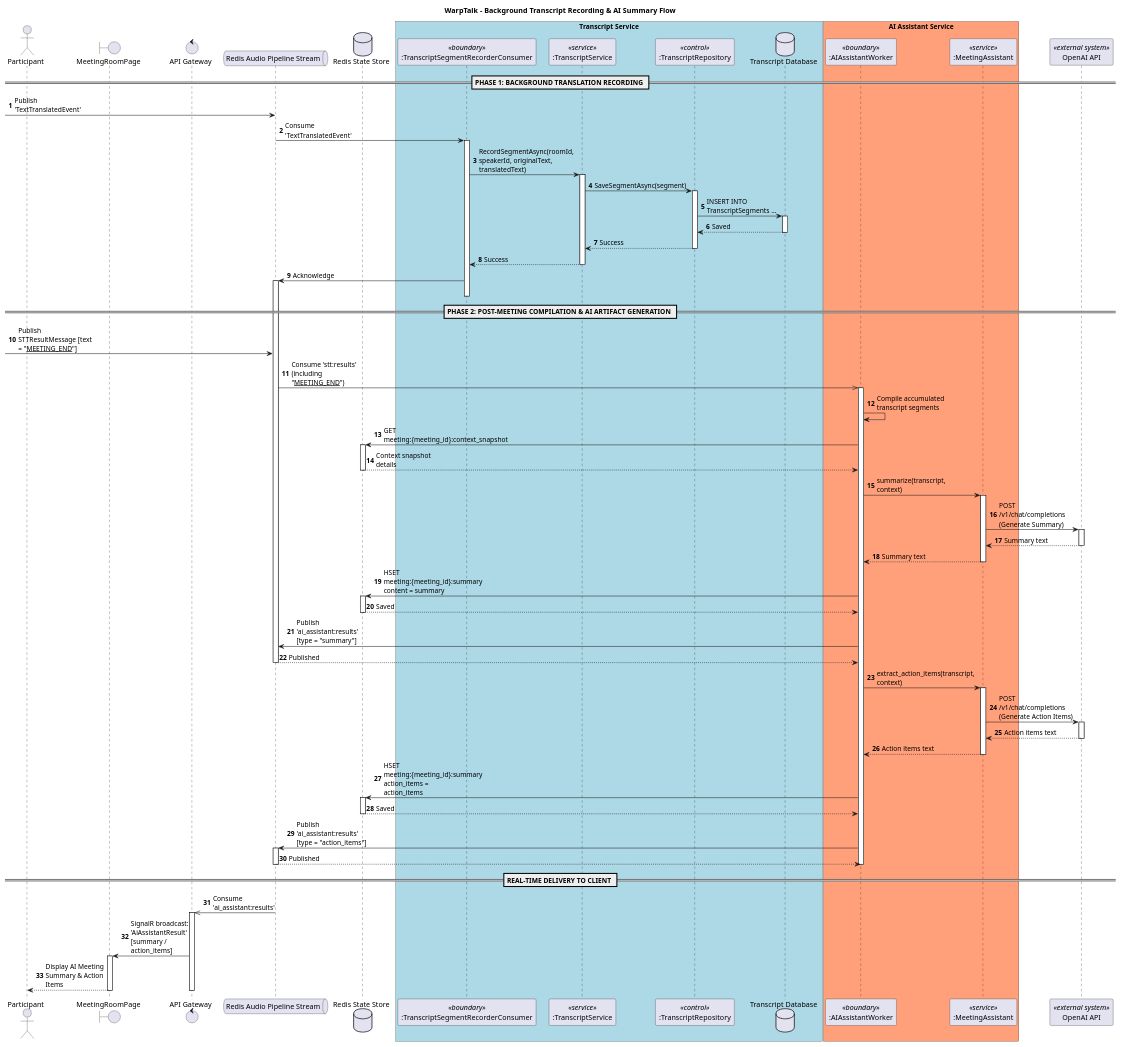
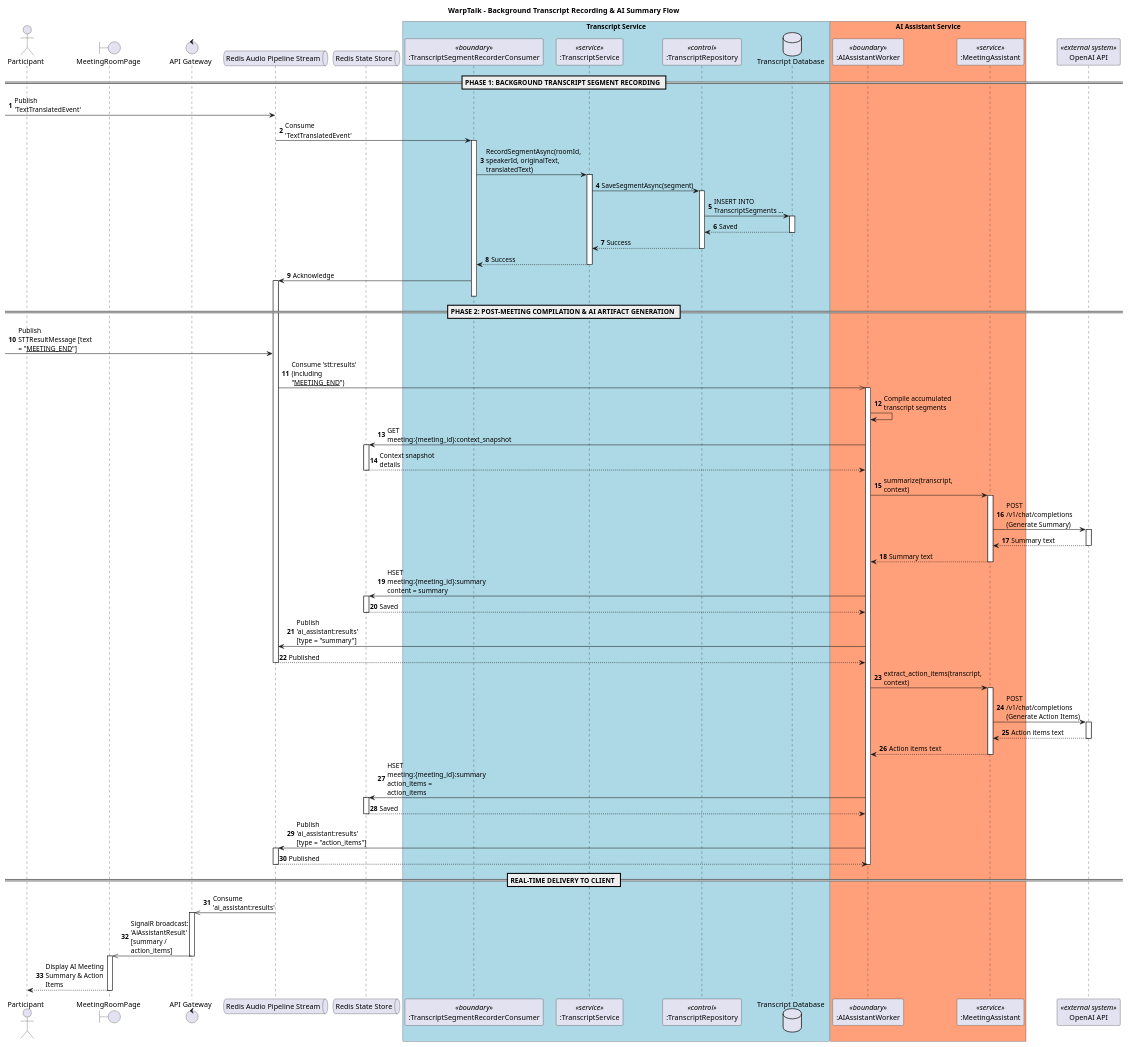
One commit to WarpTalk-CapstoneProject/warptalk-backend changed the diagram in .agents/resources/sequence diagram/transcript/19-background-transcript-recording-ai-summary.puml. Above: the diagram before and after it, drawn with PlantUML. The commit also changed 186 other files, not shown here.

Commit message:
docs: finalize sequence diagrams, class diagrams, specs and postman assets

```diff
--- a/.agents/resources/sequence diagram/transcript/19-background-transcript-recording-ai-summary.puml
+++ b/.agents/resources/sequence diagram/transcript/19-background-transcript-recording-ai-summary.puml
@@ -1,118 +1,119 @@
 @startuml
 title WarpTalk - Background Transcript Recording & AI Summary Flow
 
 autonumber
 
 <style>
 sequenceDiagram {
   participant { Margin 10 }
   box { Margin 10 }
 }
 </style>
 
 skinparam maxMessageSize 150
 
 actor "Participant" as User
 boundary "MeetingRoomPage" as Web
 control "API Gateway" as Gateway
 queue "Redis Audio Pipeline Stream" as Stream
-database "Redis State Store" as Redis
+queue "Redis State Store" as Redis
 
 box "Transcript Service" #LightBlue
 participant ":TranscriptSegmentRecorderConsumer" as RecorderConsumer <<boundary>>
 participant ":TranscriptService" as TranscriptService <<service>>
 participant ":TranscriptRepository" as TranscriptRepository <<control>>
 database "Transcript Database" as TranscriptDb
 end box
 
 box "AI Assistant Service" #LightSalmon
 participant ":AIAssistantWorker" as AiWorker <<boundary>>
 participant ":MeetingAssistant" as Assistant <<service>>
 end box
 
 participant "OpenAI API" as OpenAI <<external system>>
 
-== PHASE 1: BACKGROUND TRANSLATION RECORDING ==
+== PHASE 1: BACKGROUND TRANSCRIPT SEGMENT RECORDING ==
 
 [-> Stream : Publish 'TextTranslatedEvent'
 
 Stream -> RecorderConsumer : Consume 'TextTranslatedEvent'
 activate RecorderConsumer
 RecorderConsumer -> TranscriptService : RecordSegmentAsync(roomId, speakerId, originalText, translatedText)
 activate TranscriptService
 TranscriptService -> TranscriptRepository : SaveSegmentAsync(segment)
 activate TranscriptRepository
 TranscriptRepository -> TranscriptDb : INSERT INTO TranscriptSegments ...
 activate TranscriptDb
 TranscriptDb --> TranscriptRepository : Saved
 deactivate TranscriptDb
 TranscriptRepository --> TranscriptService : Success
 deactivate TranscriptRepository
 TranscriptService --> RecorderConsumer : Success
 deactivate TranscriptService
 RecorderConsumer -> Stream : Acknowledge
 activate Stream
 deactivate RecorderConsumer
 
 == PHASE 2: POST-MEETING COMPILATION & AI ARTIFACT GENERATION ==
 
 [-> Stream : Publish STTResultMessage [text = "__MEETING_END__"]
 Stream ->> AiWorker : Consume 'stt:results' (including "__MEETING_END__")
 activate AiWorker
 
 AiWorker -> AiWorker : Compile accumulated transcript segments
 
 AiWorker -> Redis : GET meeting:{meeting_id}:context_snapshot
 activate Redis
 Redis --> AiWorker : Context snapshot details
 deactivate Redis
 
 AiWorker -> Assistant : summarize(transcript, context)
 activate Assistant
 Assistant -> OpenAI : POST /v1/chat/completions (Generate Summary)
 activate OpenAI
 OpenAI --> Assistant : Summary text
 deactivate OpenAI
 Assistant --> AiWorker : Summary text
 deactivate Assistant
 
 AiWorker -> Redis : HSET meeting:{meeting_id}:summary content = summary
 activate Redis
 Redis --> AiWorker : Saved
 deactivate Redis
 
 AiWorker -> Stream : Publish 'ai_assistant:results' [type = "summary"]
 Stream --> AiWorker : Published
 deactivate Stream
 
 AiWorker -> Assistant : extract_action_items(transcript, context)
 activate Assistant
 Assistant -> OpenAI : POST /v1/chat/completions (Generate Action Items)
 activate OpenAI
 OpenAI --> Assistant : Action items text
 deactivate OpenAI
 Assistant --> AiWorker : Action items text
 deactivate Assistant
 
 AiWorker -> Redis : HSET meeting:{meeting_id}:summary action_items = action_items
 activate Redis
 Redis --> AiWorker : Saved
 deactivate Redis
 
 AiWorker -> Stream : Publish 'ai_assistant:results' [type = "action_items"]
 activate Stream
 Stream --> AiWorker : Published
 deactivate Stream
 
 deactivate AiWorker
 
 == REAL-TIME DELIVERY TO CLIENT ==
 
 Stream ->> Gateway : Consume 'ai_assistant:results'
 activate Gateway
-Gateway -> Web : SignalR broadcast: 'AiAssistantResult' [summary / action_items]
+Gateway ->> Web : SignalR broadcast: 'AiAssistantResult' [summary / action_items]
+deactivate Gateway
+
 activate Web
 Web --> User : Display AI Meeting Summary & Action Items
 deactivate Web
-deactivate Gateway
 @enduml
```
